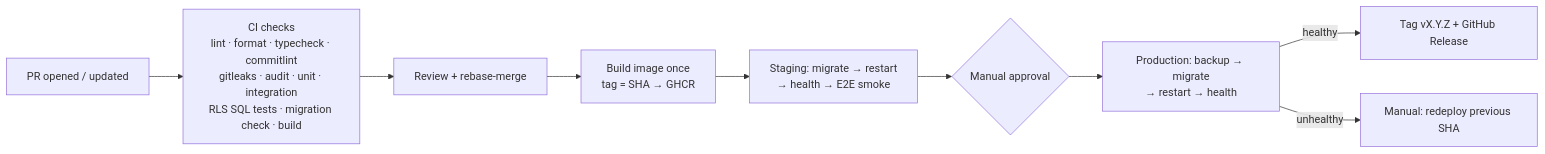
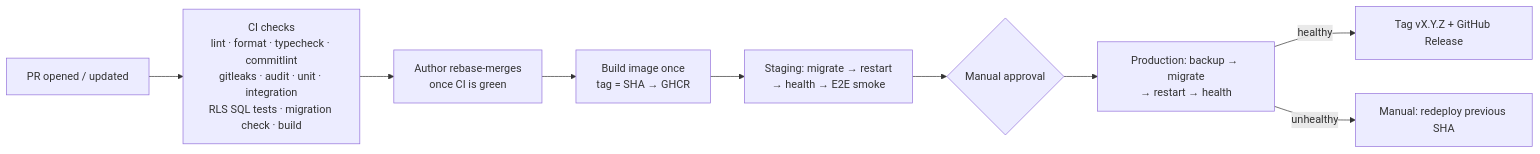
Before and after one commit to horeca-ai-dev/horeca-marketplace: the diagram in docs/diagrams/cicd.mmd, drawn with Mermaid. The commit also changed 4 other files, not shown here.

Commit message:
docs: let the author merge after green CI and tick D2-A1

```diff
--- a/docs/diagrams/cicd.mmd
+++ b/docs/diagrams/cicd.mmd
@@ -1,9 +1,9 @@
 flowchart LR
   PR[PR opened / updated] --> CI["CI checks<br/>lint · format · typecheck · commitlint<br/>gitleaks · audit · unit · integration<br/>RLS SQL tests · migration check · build"]
-  CI --> REV[Review + rebase-merge]
+  CI --> REV[Author rebase-merges<br/>once CI is green]
   REV --> IMG[Build image once<br/>tag = SHA → GHCR]
   IMG --> STG[Staging: migrate → restart<br/>→ health → E2E smoke]
   STG --> APR{Manual approval}
   APR --> PROD[Production: backup → migrate<br/>→ restart → health]
   PROD -->|healthy| TAG[Tag vX.Y.Z + GitHub Release]
   PROD -->|unhealthy| RB[Manual: redeploy previous SHA]
```
